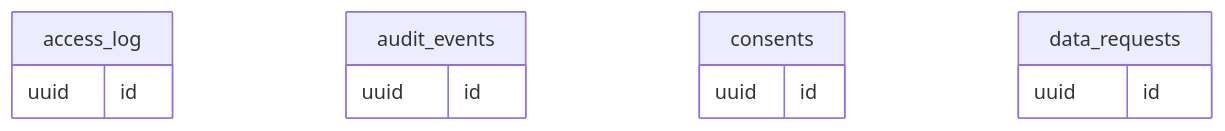
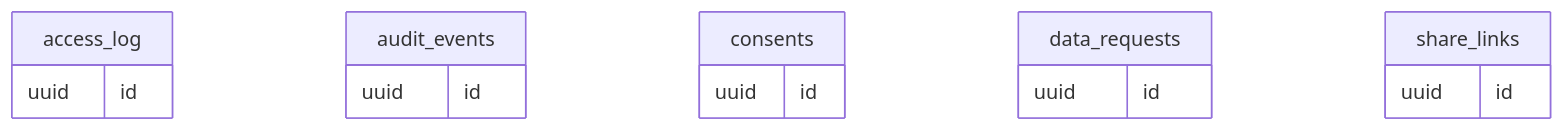
One commit to sakalyatechnologies/aarogyam changed diagram 12 of 13 in docs/database.md. Above: the diagram before and after it, drawn with Mermaid. The commit also changed other lines of this file and 6 other files, not shown here.

First line of the commit message:
docs(schema): apply review outcomes to the database design

````diff
--- a/docs/database.md
+++ b/docs/database.md
@@ -2010,15 +2051,18 @@
 ```mermaid
 erDiagram
   access_log {
     uuid id
   }
   audit_events {
     uuid id
   }
   consents {
     uuid id
   }
   data_requests {
     uuid id
   }
+  share_links {
+    uuid id
+  }
 ```
````
